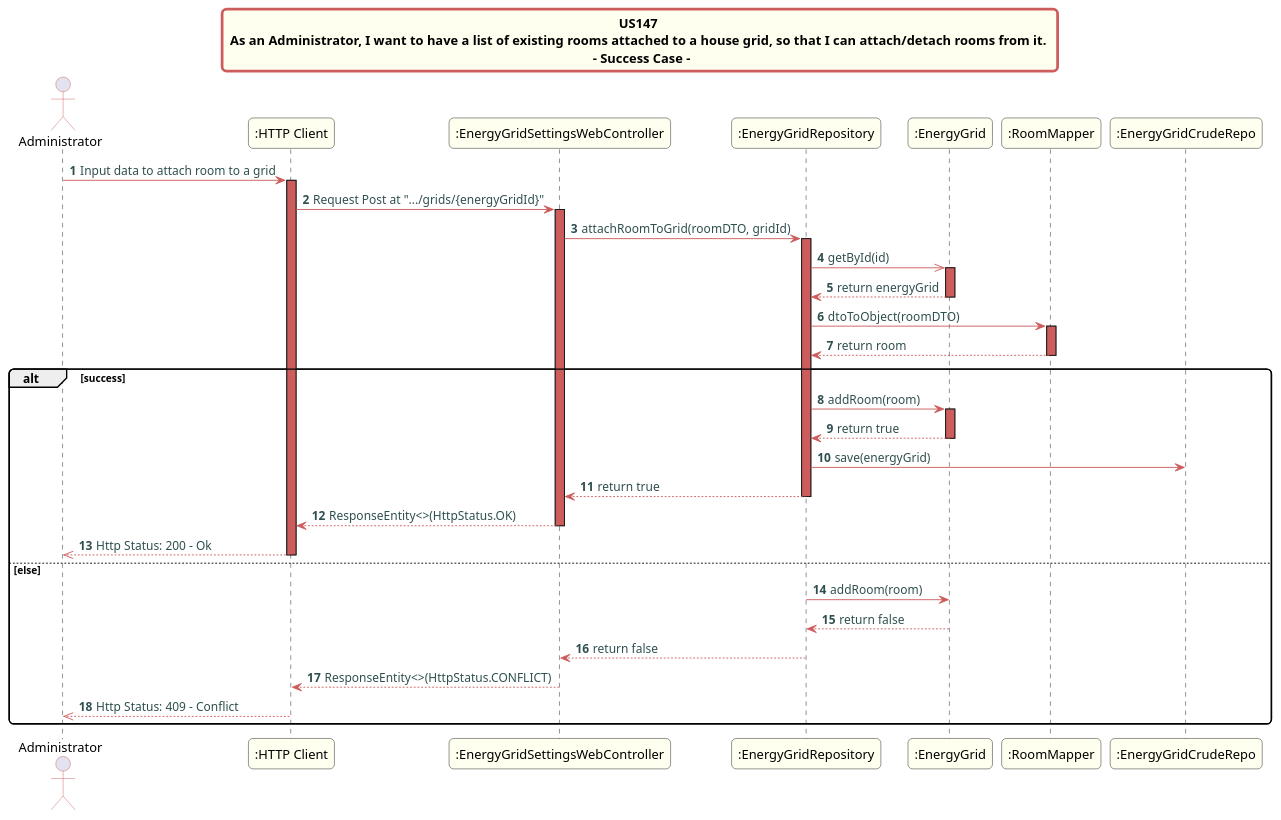
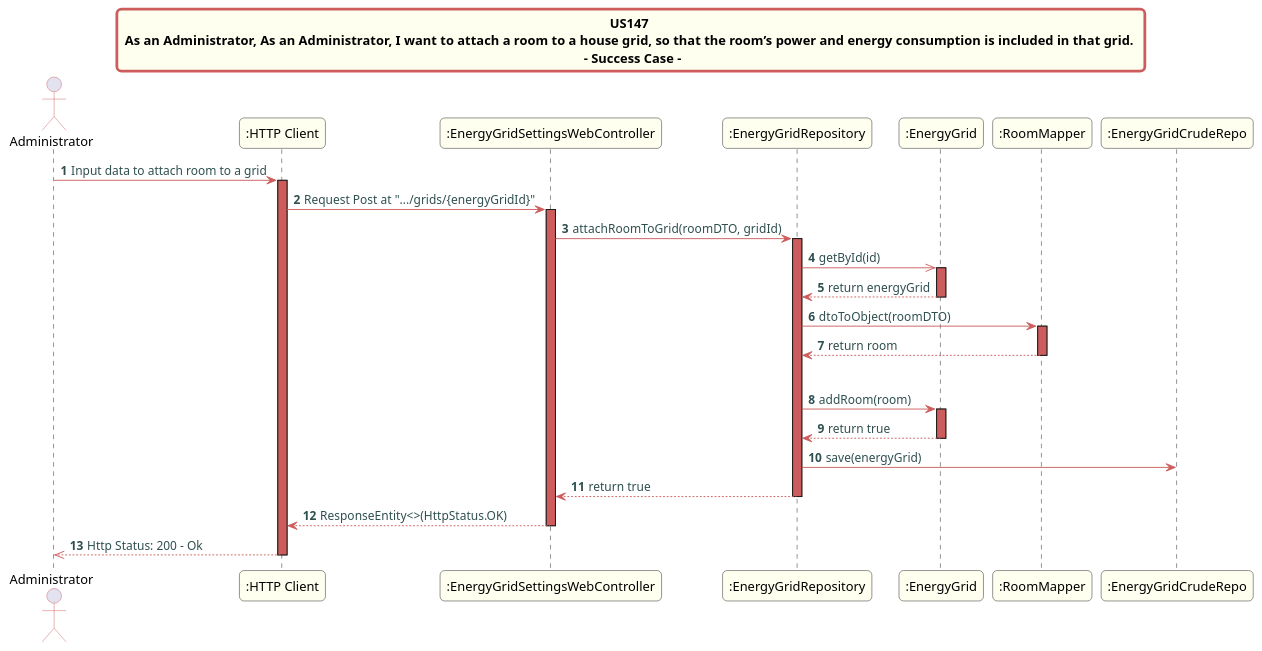
One commit to Almadanmp/project changed the diagram in src/doc/WEB_Controllers/EnergyGridSettings/US147/US147_sd_EnergyGridSettingsWebController.puml. Above: the diagram before and after it, drawn with PlantUML. The commit also changed 2 other files, not shown here.

Commit message:
REF #344 REF #345 - UML Corrections and deleted comments

```diff
--- a/src/doc/WEB_Controllers/EnergyGridSettings/US147/US147_sd_EnergyGridSettingsWebController.puml
+++ b/src/doc/WEB_Controllers/EnergyGridSettings/US147/US147_sd_EnergyGridSettingsWebController.puml
@@ -1,61 +1,54 @@
 @startuml
 skinparam titleBorderRoundCorner 10
 skinparam titleBorderThickness 3
 skinparam titleBorderColor indianred
 skinparam titleBackgroundColor ivory
 skinparam FontName quicksand
 
 skinparam actor {
  	BorderColor indianred
  	}
 
  skinparam sequence {
  	LifeLineBackgroundColor indianred
  	ParticipantBackgroundColor ivory
  }
 
  skinparam roundcorner 10
 
  skinparam component {
    arrowThickness 1
    ArrowFontName Verdana
    ArrowColor indianred
    ArrowFontColor darkslategrey
  }
-title US147 \n As an Administrator, I want to have a list of existing rooms attached to a house grid, so that I can attach/detach rooms from it.  \n - Success Case -
+title US147 \n As an Administrator, As an Administrator, I want to attach a room to a house grid, so that the room’s power and energy consumption is included in that grid.  \n - Success Case -
 autonumber
 actor "Administrator"
 "Administrator" -> ":HTTP Client":  Input data to attach room to a grid
 activate ":HTTP Client"
 ":HTTP Client" -> ":EnergyGridSettingsWebController":  Request Post at ".../grids/{energyGridId}"
 activate ":EnergyGridSettingsWebController"
 ":EnergyGridSettingsWebController" -> ":EnergyGridRepository": attachRoomToGrid(roomDTO, gridId)
 activate ":EnergyGridRepository"
 ":EnergyGridRepository" ->> ":EnergyGrid": getById(id)
 activate ":EnergyGrid"
 ":EnergyGrid" --> ":EnergyGridRepository": return energyGrid
 deactivate ":EnergyGrid"
 ":EnergyGridRepository" -> ":RoomMapper": dtoToObject(roomDTO)
 activate ":RoomMapper"
 ":RoomMapper" --> ":EnergyGridRepository" : return room
 deactivate ":RoomMapper"
 alt success
 ":EnergyGridRepository" -> ":EnergyGrid": addRoom(room)
 activate ":EnergyGrid"
 ":EnergyGrid" --> ":EnergyGridRepository" : return true
 deactivate ":EnergyGrid"
 ":EnergyGridRepository" -> ":EnergyGridCrudeRepo" : save(energyGrid)
 ":EnergyGridRepository" --> ":EnergyGridSettingsWebController": return true
 deactivate ":EnergyGridRepository"
 ":EnergyGridSettingsWebController" --> ":HTTP Client": ResponseEntity<>(HttpStatus.OK)
 deactivate ":EnergyGridSettingsWebController"
 ":HTTP Client" -->> "Administrator": Http Status: 200 - Ok
 deactivate ":HTTP Client"
-else else
-":EnergyGridRepository" -> ":EnergyGrid": addRoom(room)
-":EnergyGrid" --> ":EnergyGridRepository" : return false
-":EnergyGridRepository" --> ":EnergyGridSettingsWebController": return false
-":EnergyGridSettingsWebController" --> ":HTTP Client": ResponseEntity<>(HttpStatus.CONFLICT)
-":HTTP Client" -->> "Administrator": Http Status: 409 - Conflict
-end
 @enduml
```
